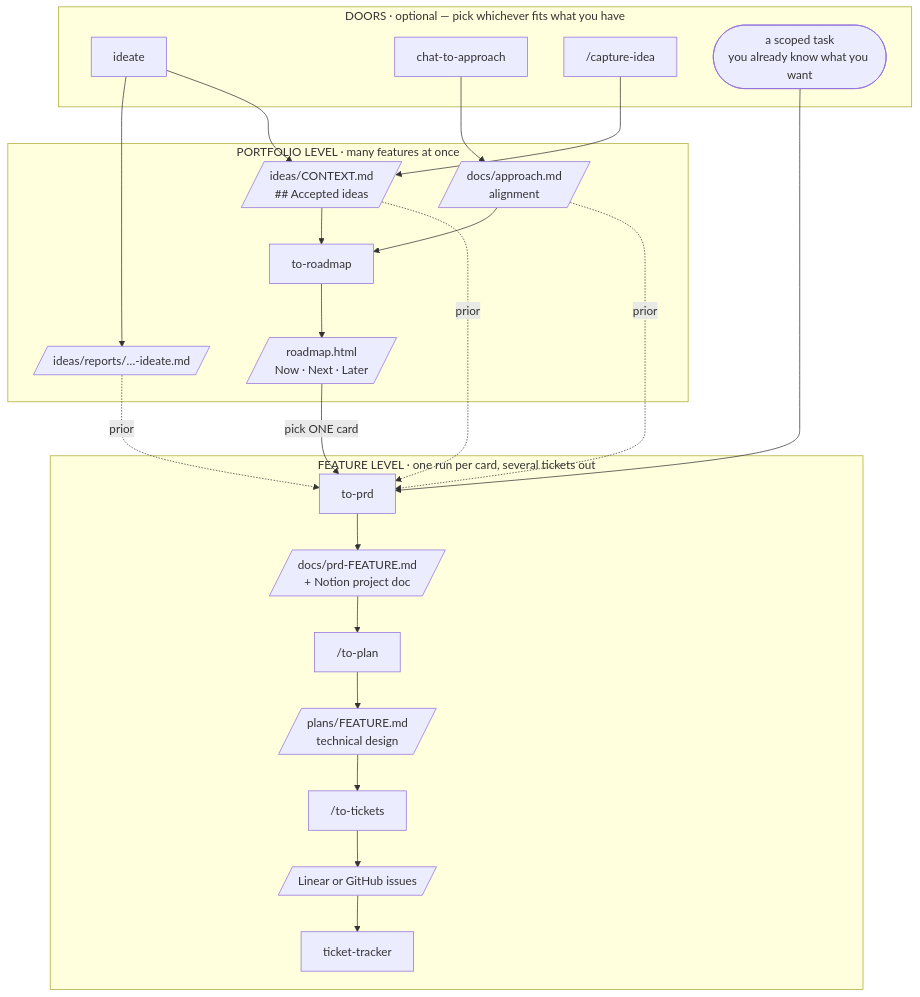
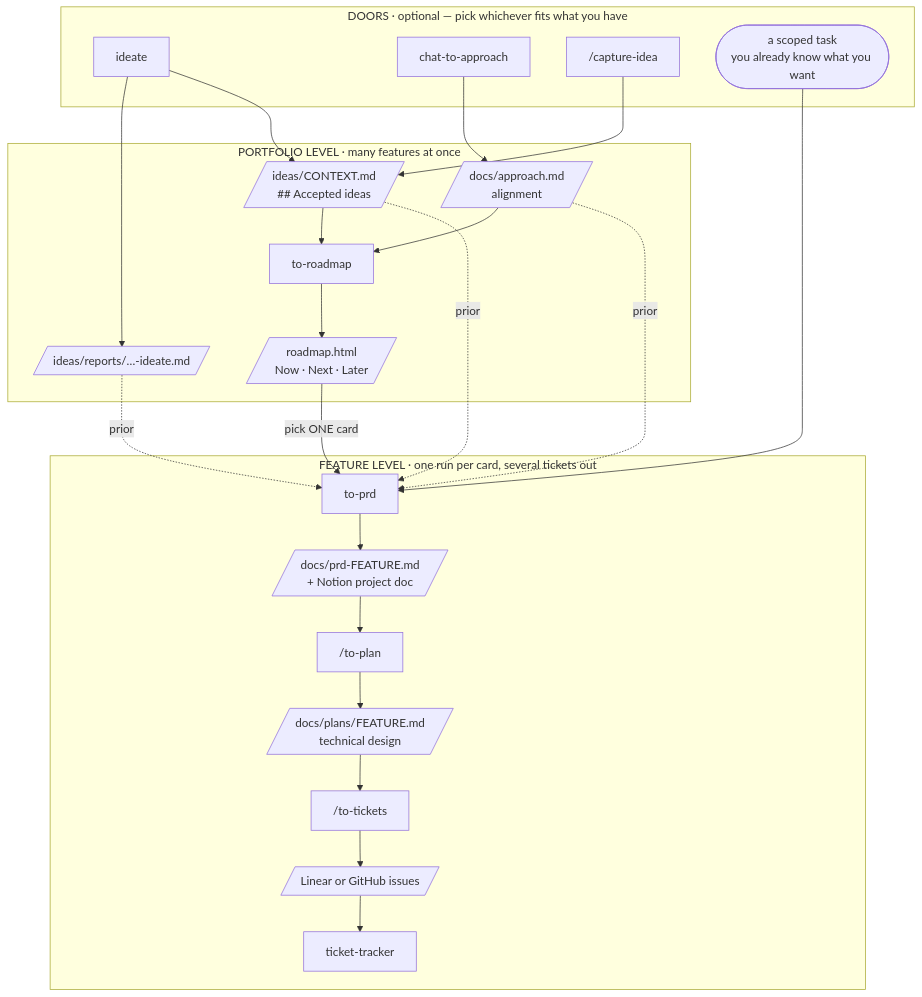
One commit to O-Marsters-1997/my-claude-code changed the diagram in skills/workflow/README.md. Above: the diagram before and after it, drawn with Mermaid. The commit also changed other lines of this file and 7 other files, not shown here.

````diff
--- a/skills/workflow/README.md
+++ b/skills/workflow/README.md
@@ -44,38 +44,38 @@
 ```mermaid
 flowchart TD
   subgraph DOORS["DOORS · optional — pick whichever fits what you have"]
     ideate["ideate"]
     chat["chat-to-approach"]
     capture["/capture-idea"]
     scoped(["a scoped task<br/>you already know what you want"])
   end
 
   subgraph PORTFOLIO["PORTFOLIO LEVEL · many features at once"]
     report[/"ideas/reports/…-ideate.md"/]
     ctx[/"ideas/CONTEXT.md<br/>## Accepted ideas"/]
     appr[/"docs/approach.md<br/>alignment"/]
     roadmap["to-roadmap"]
     board[/"roadmap.html<br/>Now · Next · Later"/]
   end
 
   subgraph SPINE["FEATURE LEVEL · one run per card, several tickets out"]
     prd["to-prd"]
     prddoc[/"docs/prd-FEATURE.md<br/>+ Notion project doc"/]
     plan["/to-plan"]
-    planfile[/"plans/FEATURE.md<br/>technical design"/]
+    planfile[/"docs/plans/FEATURE.md<br/>technical design"/]
     tick["/to-tickets"]
     issues[/"Linear or GitHub issues"/]
     track["ticket-tracker"]
   end
 
   ideate --> report
   ideate --> ctx --> roadmap --> board
   chat --> appr --> roadmap
   capture --> ctx
   board -->|"pick ONE card"| prd
   scoped --> prd
   prd --> prddoc --> plan --> planfile --> tick --> issues --> track
   appr -.->|"prior"| prd
   ctx -.->|"prior"| prd
   report -.->|"prior"| prd
 ```
````
